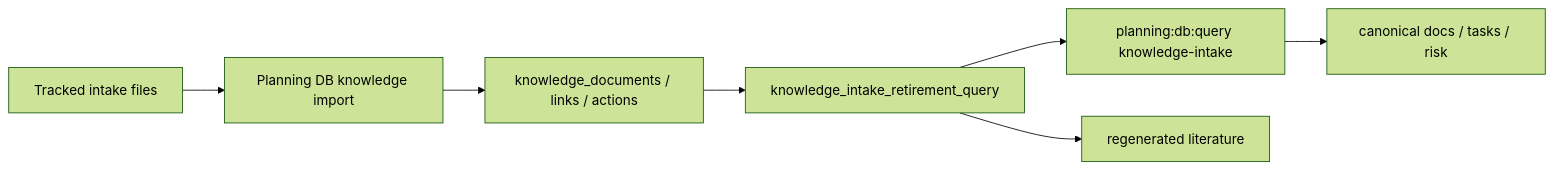
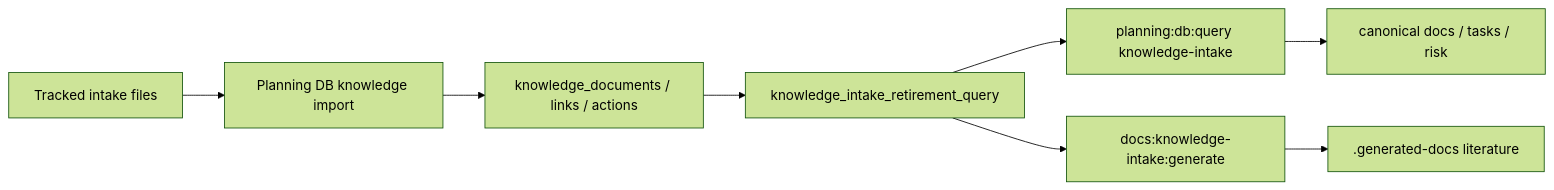
The diagram in docs/architecture/components/ci-governance/knowledge-intake-retirement-component.md (dunay2/dvt), drawn with Mermaid (forest theme) before and after one commit. The commit also changed other lines of this file and 15 other files, not shown here.

Commit message:
feat(planner): Add DB-backed knowledge intake literature

````diff
--- a/docs/architecture/components/ci-governance/knowledge-intake-retirement-component.md
+++ b/docs/architecture/components/ci-governance/knowledge-intake-retirement-component.md
@@ -54,9 +76,10 @@
 ```mermaid
 flowchart LR
   Buzon["Tracked intake files"] --> Importer["Planning DB knowledge import"]
   Importer --> Knowledge["knowledge_documents / links / actions"]
   Knowledge --> Retirement["knowledge_intake_retirement_query"]
   Retirement --> Agents["planning:db:query knowledge-intake"]
-  Retirement --> Literature["regenerated literature"]
+  Retirement --> Literature["docs:knowledge-intake:generate"]
   Agents --> CanonicalDocs["canonical docs / tasks / risk"]
+  Literature --> LocalRender[".generated-docs literature"]
 ```
````
